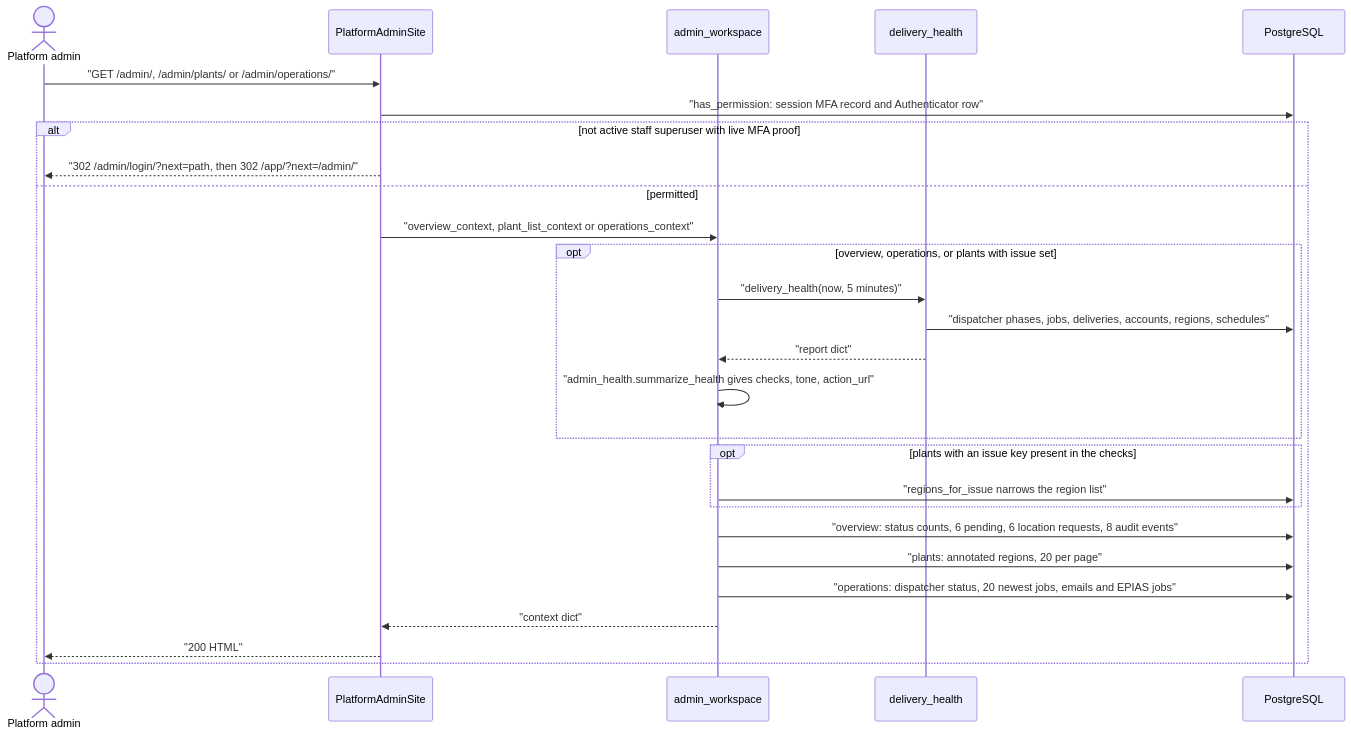
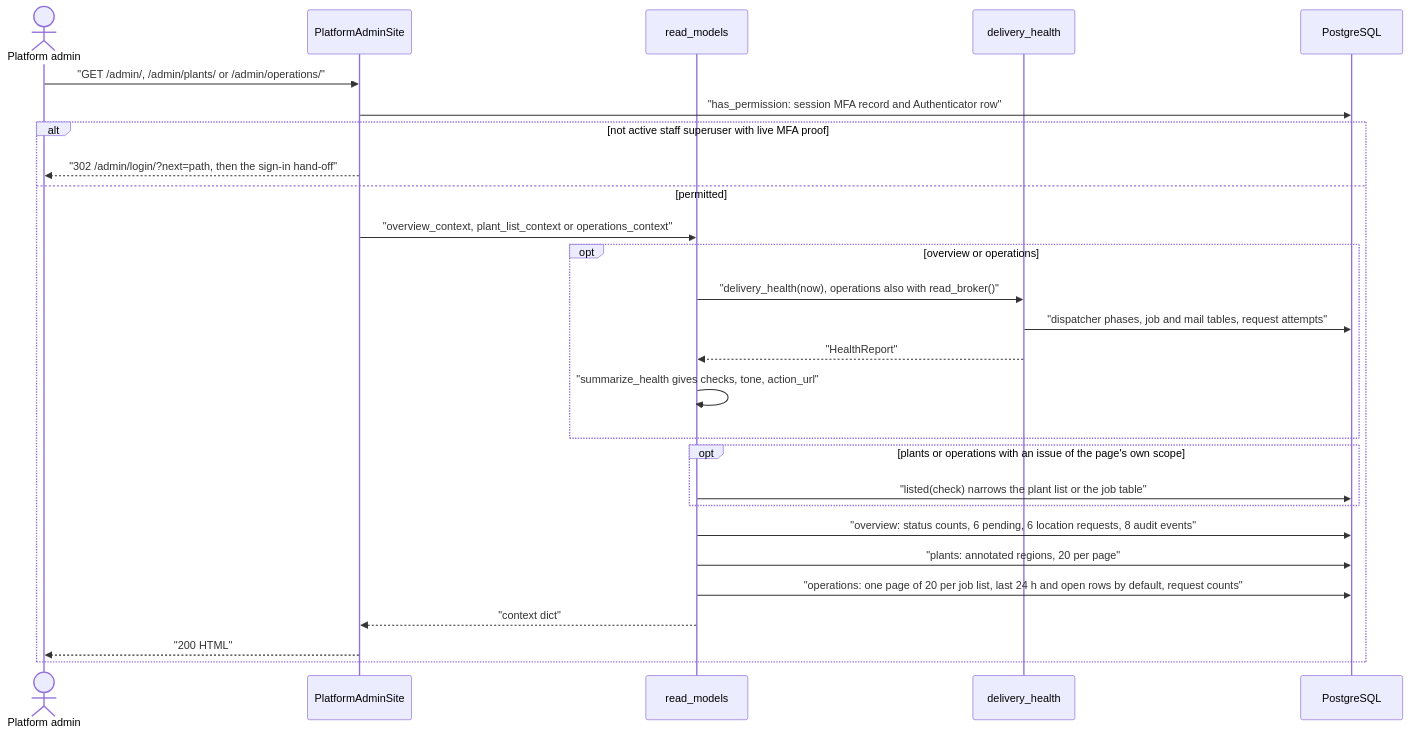
The diagram in docs/flows/admin-overview-and-operations.md (erkurtharun/pyracast), drawn with Mermaid before and after one commit. The commit also changed other lines of this file and 85 other files, not shown here.

First line of the commit message:
Bring the flow pages in line with the code (#107)

````diff
--- a/docs/flows/admin-overview-and-operations.md
+++ b/docs/flows/admin-overview-and-operations.md
@@ -14,29 +15,29 @@
 ```mermaid
 sequenceDiagram
     actor A as Platform admin
     participant V as PlatformAdminSite
-    participant W as admin_workspace
+    participant W as read_models
     participant H as delivery_health
     participant DB as PostgreSQL
     A->>V: "GET /admin/, /admin/plants/ or /admin/operations/"
     V->>DB: "has_permission: session MFA record and Authenticator row"
     alt not active staff superuser with live MFA proof
-        V-->>A: "302 /admin/login/?next=path, then 302 /app/?next=/admin/"
+        V-->>A: "302 /admin/login/?next=path, then the sign-in hand-off"
     else permitted
         V->>W: "overview_context, plant_list_context or operations_context"
-        opt overview, operations, or plants with issue set
-            W->>H: "delivery_health(now, 5 minutes)"
-            H->>DB: "dispatcher phases, jobs, deliveries, accounts, regions, schedules"
-            H-->>W: "report dict"
-            W->>W: "admin_health.summarize_health gives checks, tone, action_url"
+        opt overview or operations
+            W->>H: "delivery_health(now), operations also with read_broker()"
+            H->>DB: "dispatcher phases, job and mail tables, request attempts"
+            H-->>W: "HealthReport"
+            W->>W: "summarize_health gives checks, tone, action_url"
         end
-        opt plants with an issue key present in the checks
-            W->>DB: "regions_for_issue narrows the region list"
+        opt plants or operations with an issue of the page's own scope
+            W->>DB: "listed(check) narrows the plant list or the job table"
         end
         W->>DB: "overview: status counts, 6 pending, 6 location requests, 8 audit events"
         W->>DB: "plants: annotated regions, 20 per page"
-        W->>DB: "operations: dispatcher status, 20 newest jobs, emails and EPIAS jobs"
+        W->>DB: "operations: one page of 20 per job list, last 24 h and open rows by default, request counts"
         W-->>V: "context dict"
         V-->>A: "200 HTML"
     end
 ```
````
